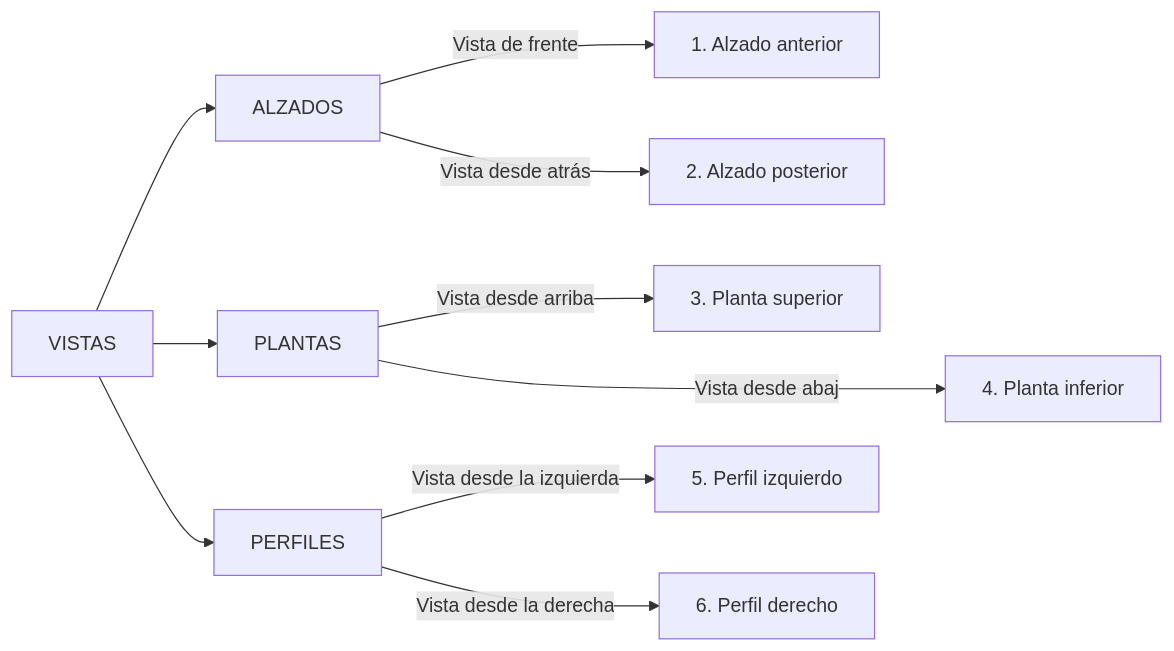
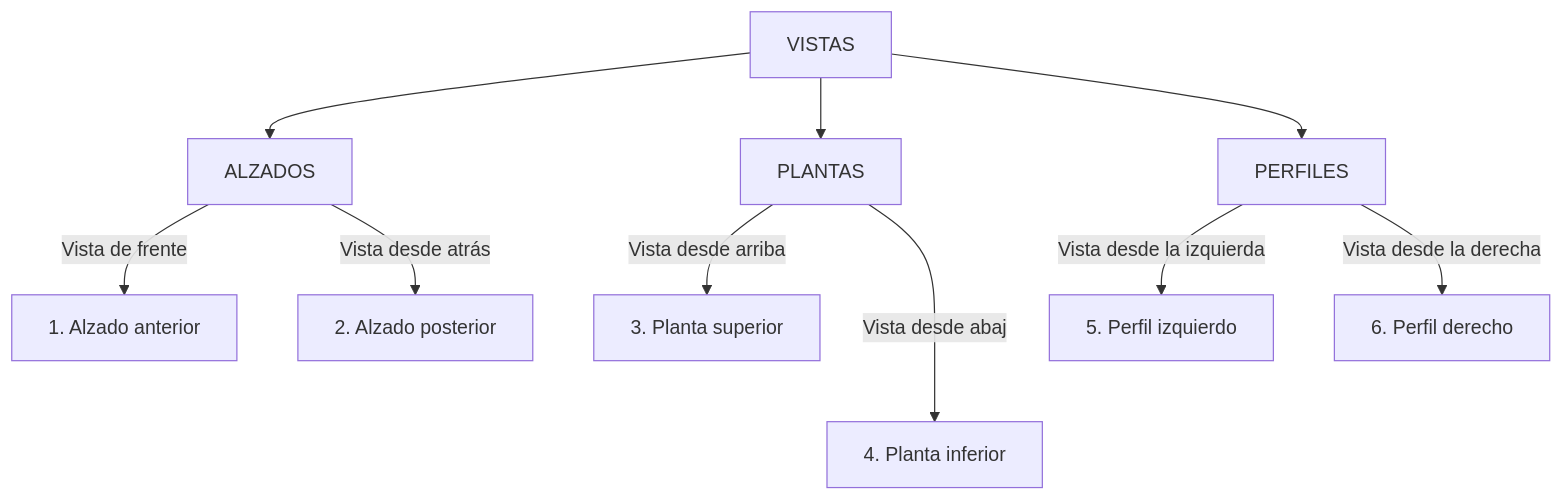
Before and after one commit to citius70/expresion_grafica_tecnologia_1eso: the diagram in docs/5_2_vistas_seis.md, drawn with Mermaid. The commit also changed other lines of this file and 37 other files, not shown here.

````diff
--- a/docs/5_2_vistas_seis.md
+++ b/docs/5_2_vistas_seis.md
@@ -5,12 +5,12 @@
 ``` mermaid
-graph LR
+graph TD
   A[**VISTAS**]-->B[ALZADOS]
   B -- Vista de frente --> C[1. Alzado anterior]
   B -- Vista desde atrás --> D[2. Alzado posterior]
   A[VISTAS]-->E[PLANTAS]
   E -- Vista desde arriba--> F[3. Planta superior]
   E -- Vista desde abajo--> G[4. Planta inferior]
   A[VISTAS]-->H[PERFILES]
   H -- Vista desde la izquierda--> I[5. Perfil izquierdo]
   H -- Vista desde la derecha--> J[6. Perfil derecho]
 ```
````
